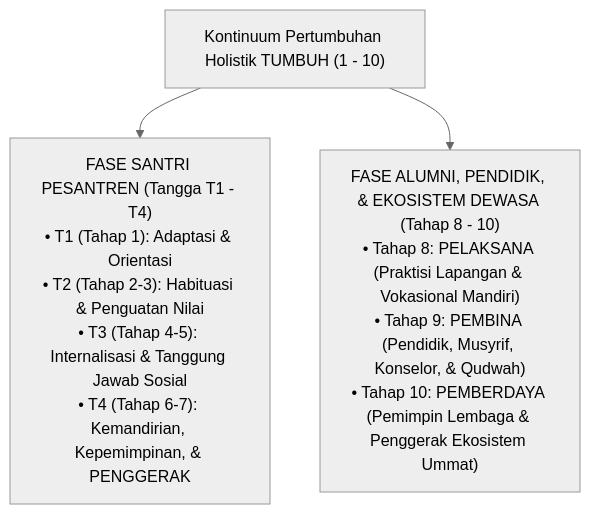
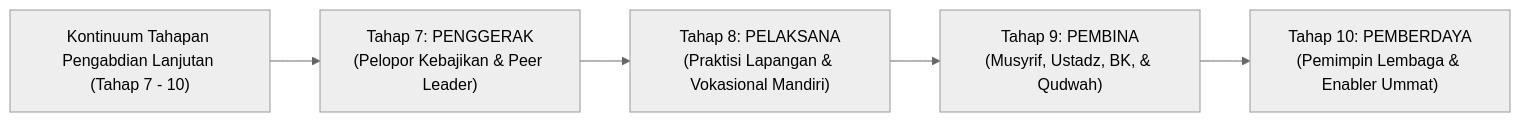
One commit to wandiapriliyandi/tumbuh changed the second of 4 diagrams in 04 Progression Framework/Jurnal-Monograf-Riset-Progresi-Tangga-TUMBUH.md. Above: the diagram before and after it, drawn with Mermaid (neutral theme). The commit also changed other lines of this file and 1 other file, not shown here.

Commit message:
feat: harmonize 4 student ladders with explicit 10 adult/alumni stages (Penggerak, Pelaksana, Pembina, Pemberdaya)

````diff
--- a/04 Progression Framework/Jurnal-Monograf-Riset-Progresi-Tangga-TUMBUH.md
+++ b/04 Progression Framework/Jurnal-Monograf-Riset-Progresi-Tangga-TUMBUH.md
@@ -26,6 +52,8 @@
 ```mermaid
-graph TD
-    ContinuumFlow["Kontinuum Pertumbuhan Holistik TUMBUH (1 - 10)"]
-    ContinuumFlow --> SantriPhase["FASE SANTRI PESANTREN (Tangga T1 - T4)<br/>• T1 (Tahap 1): Adaptasi & Orientasi<br/>• T2 (Tahap 2-3): Habituasi & Penguatan Nilai<br/>• T3 (Tahap 4-5): Internalisasi & Tanggung Jawab Sosial<br/>• T4 (Tahap 6-7): Kemandirian, Kepemimpinan, & PENGGERAK"]
-    ContinuumFlow --> AdultPhase["FASE ALUMNI, PENDIDIK, & EKOSISTEM DEWASA (Tahap 8 - 10)<br/>• Tahap 8: PELAKSANA (Praktisi Lapangan & Vokasional Mandiri)<br/>• Tahap 9: PEMBINA (Pendidik, Musyrif, Konselor, & Qudwah)<br/>• Tahap 10: PEMBERDAYA (Pemimpin Lembaga & Penggerak Ekosistem Ummat)"]
+graph LR
+    AdultFlow["Kontinuum Tahapan Pengabdian Lanjutan (Tahap 7 - 10)"]
+    AdultFlow --> T7["Tahap 7: PENGGERAK<br/>(Pelopor Kebajikan & Peer Leader)"]
+    T7 --> T8["Tahap 8: PELAKSANA<br/>(Praktisi Lapangan & Vokasional Mandiri)"]
+    T8 --> T9["Tahap 9: PEMBINA<br/>(Musyrif, Ustadz, BK, & Qudwah)"]
+    T9 --> T10["Tahap 10: PEMBERDAYA<br/>(Pemimpin Lembaga & Enabler Ummat)"]
 ```
````
